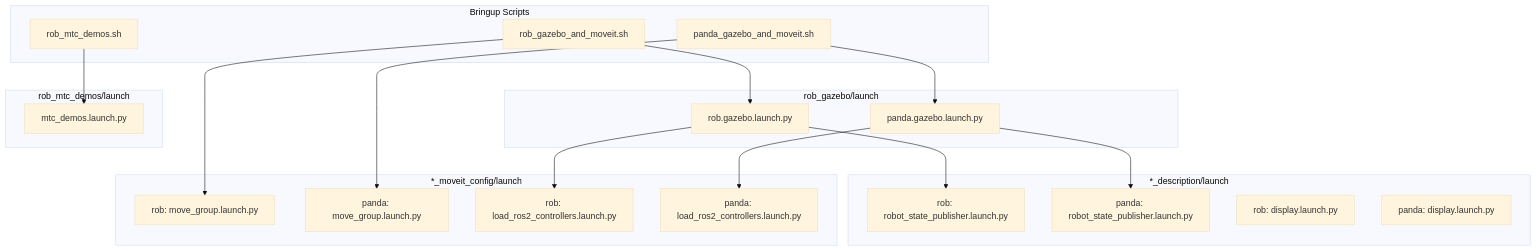
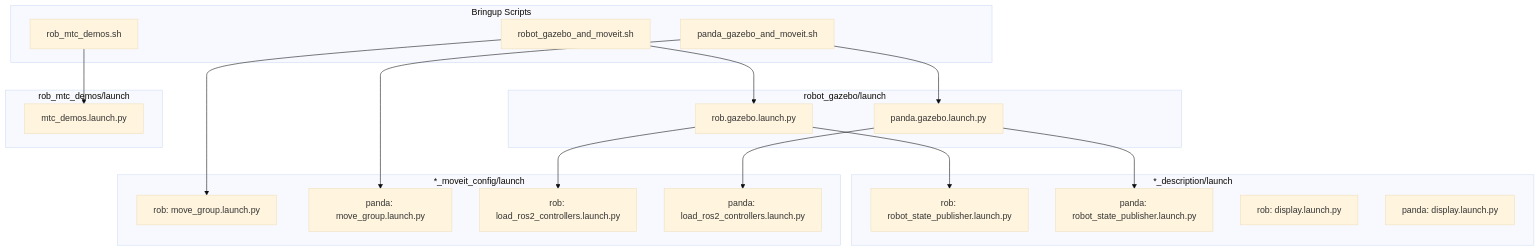
The first of 2 diagrams in docs/architecture/launch-flow.md (AlexDevCol/MECH490-Capstone), drawn with Mermaid (base theme) before and after one commit. The commit also changed other lines of this file and 596 other files, not shown here.

````diff
--- a/docs/architecture/launch-flow.md
+++ b/docs/architecture/launch-flow.md
@@ -7,42 +7,42 @@
 ```mermaid
 flowchart TB
     subgraph scripts [Bringup Scripts]
-        robScript[rob_gazebo_and_moveit.sh]
+        robScript[robot_gazebo_and_moveit.sh]
         pandaScript[panda_gazebo_and_moveit.sh]
         robMtcScript[rob_mtc_demos.sh]
     end
     
-    subgraph gazebo_pkg [rob_gazebo/launch]
+    subgraph gazebo_pkg [robot_gazebo/launch]
         robGazebo[rob.gazebo.launch.py]
         pandaGazebo[panda.gazebo.launch.py]
     end
     
     subgraph desc_pkg [*_description/launch]
         robRSP[rob: robot_state_publisher.launch.py]
         pandaRSP[panda: robot_state_publisher.launch.py]
         robDisplay[rob: display.launch.py]
         pandaDisplay[panda: display.launch.py]
     end
     
     subgraph moveit_pkg [*_moveit_config/launch]
         robMoveGroup[rob: move_group.launch.py]
         pandaMoveGroup[panda: move_group.launch.py]
         robControllers[rob: load_ros2_controllers.launch.py]
         pandaControllers[panda: load_ros2_controllers.launch.py]
     end
     
     subgraph mtc_pkg [rob_mtc_demos/launch]
         mtcDemo[mtc_demos.launch.py]
     end
     
     robScript --> robGazebo
     robScript --> robMoveGroup
     pandaScript --> pandaGazebo
     pandaScript --> pandaMoveGroup
     robMtcScript --> mtcDemo
     
     robGazebo --> robRSP
     robGazebo --> robControllers
     pandaGazebo --> pandaRSP
     pandaGazebo --> pandaControllers
 ```
````
